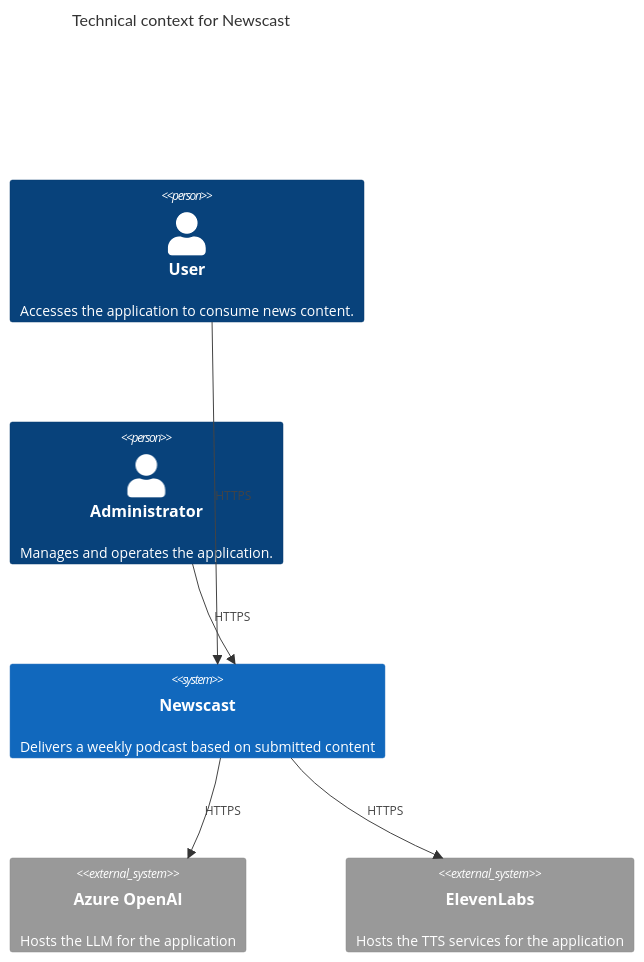
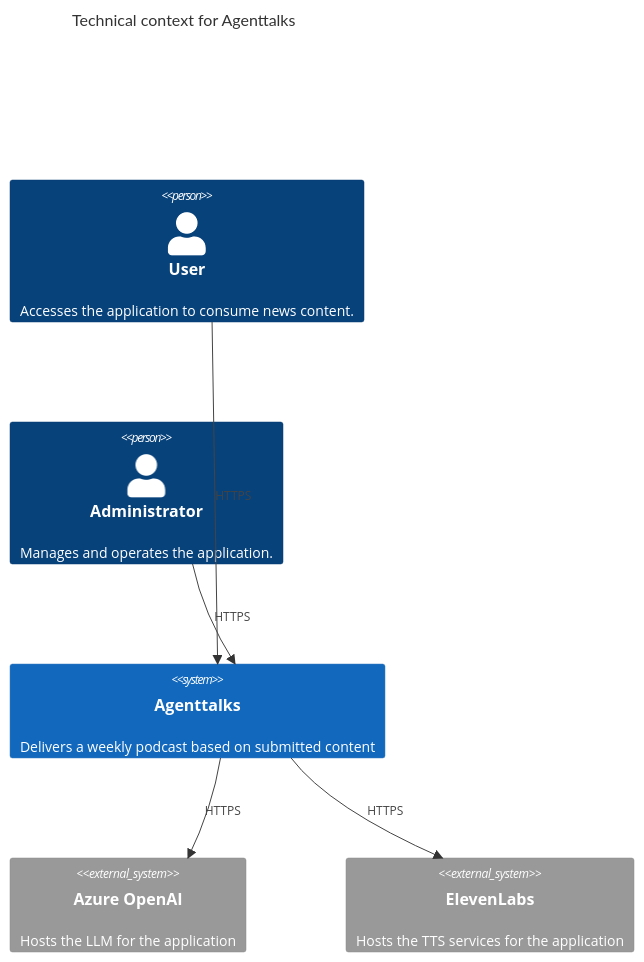
The first of 2 diagrams in docs/architecture/05-building-block-view.md (wmeints/agenttalks), drawn with Mermaid before and after one commit. The commit also changed other lines of this file and 5 other files, not shown here.

````diff
--- a/docs/architecture/05-building-block-view.md
+++ b/docs/architecture/05-building-block-view.md
@@ -5,18 +5,18 @@
 ```mermaid
 C4Context
-    title Technical context for Newscast
+    title Technical context for Agenttalks
 
     Person(user, "User", "Accesses the application to consume news content.")
     Person(admin, "Administrator", "Manages and operates the application.")
 
-    System(app, "Newscast", "Delivers a weekly podcast based on submitted content")
+    System(app, "Agenttalks", "Delivers a weekly podcast based on submitted content")
     System_Ext(llm, "Azure OpenAI", "Hosts the LLM for the application")
     System_Ext(tts, "ElevenLabs", "Hosts the TTS services for the application")
 
     Rel(user, app, "HTTPS")
     Rel(admin, app, "HTTPS")
     Rel(app, llm, "HTTPS")
     Rel(app, tts, "HTTPS")
 
     UpdateLayoutConfig($c4ShapeInRow="2", $c4BoundaryInRow="1")
 ```
````
